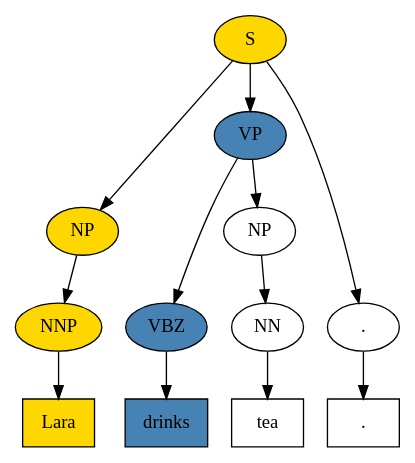
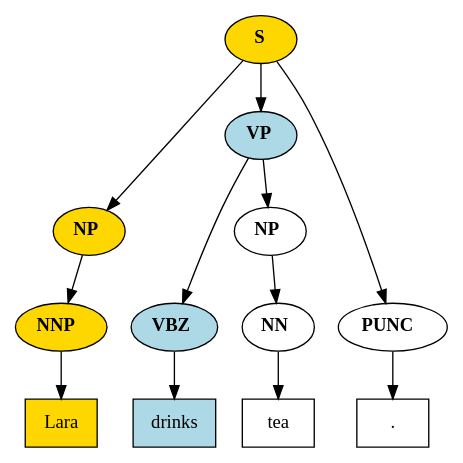
Before and after one commit to Mome/treepattern: the diagram in paper/images/lara_drinks_tea.dot, drawn with Graphviz. The commit also changed 7 other files, not shown here.

```diff
--- a/paper/images/lara_drinks_tea.dot
+++ b/paper/images/lara_drinks_tea.dot
@@ -1,27 +1,27 @@
 digraph PropTree{
-N139892662811728 [label="S" style=filled fillcolor=gold]
-N139892662811616 [label="NP"  style=filled fillcolor=gold]
-N139892662812232 [label="NNP" style=filled fillcolor=gold]
+N139892662811728 [label=<<b>S</b>> style=filled fillcolor=gold]
+N139892662811616 [label=<<b>NP</b>>  style=filled fillcolor=gold]
+N139892662812232 [label=<<b>NNP</b>> style=filled fillcolor=gold]
 T0 [shape=box, label="Lara" style=filled fillcolor=gold]
-N139892662812176 [label="VP" style=filled fillcolor=steelblue]
-N139892662812288 [label="VBZ" style=filled fillcolor=steelblue]
-T1 [shape=box, label="drinks" style=filled fillcolor=steelblue]
-N139892662812344 [label="NP"]
-N139892662812456 [label="NN"]
+N139892662812176 [label=<<b>VP</b>> style=filled fillcolor=lightblue]
+N139892662812288 [label=<<b>VBZ</b>> style=filled fillcolor=lightblue]
+T1 [shape=box, label="drinks" style=filled fillcolor=lightblue]
+N139892662812344 [label=<<b>NP</b>>]
+N139892662812456 [label=<<b>NN</b>>]
 T2 [shape=box, label="tea"]
-N139892662812120 [label="."]
+N139892662812120 [label=<<b>PUNC</b>>]
 T3 [shape=box, label="."]
 N139892662811728 -> N139892662811616
 N139892662811616 -> N139892662812232
 N139892662812232 -> T0
 N139892662811728 -> N139892662812176
 N139892662812176 -> N139892662812288
 N139892662812288 -> T1
 N139892662812176 -> N139892662812344
 N139892662812344 -> N139892662812456
 N139892662812456 -> T2
 N139892662811728 -> N139892662812120
 N139892662812120 -> T3
 { rank=same; N139892662812232, N139892662812288, N139892662812456, N139892662812120}
 { rank=same; T0, T1, T2, T3}
 }
```
